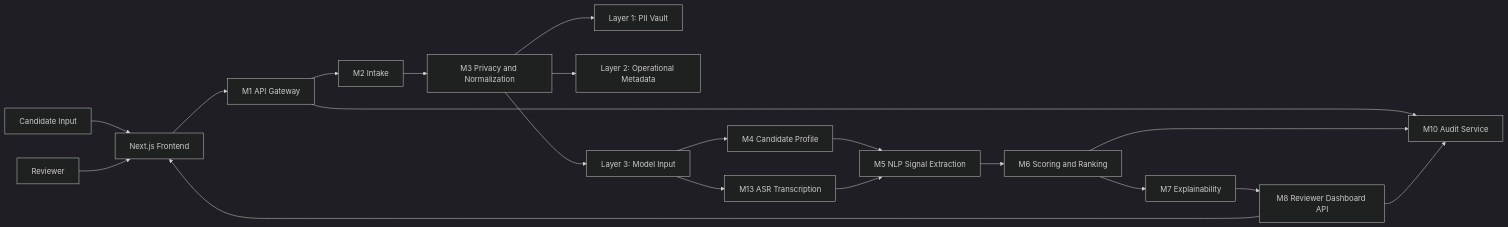
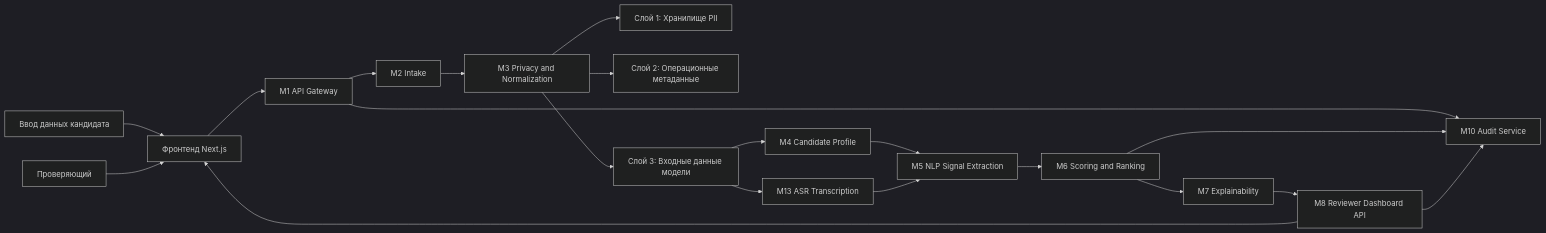
The diagram in README.md (alenisaw/invision_u_Vi-Ka), drawn with Mermaid (dark theme) before and after one commit. The commit also changed other lines of this file, not shown here.

````diff
--- a/README.md
+++ b/README.md
@@ -15,39 +15,39 @@
 ```mermaid
 flowchart LR
-    Candidate["Candidate Input"]
-    Frontend["Next.js Frontend"]
+    Candidate["Ввод данных кандидата"]
+    Frontend["Фронтенд Next.js"]
     M1["M1 API Gateway"]
     M2["M2 Intake"]
     M3["M3 Privacy and Normalization"]
-    L1["Layer 1: PII Vault"]
-    L2["Layer 2: Operational Metadata"]
-    L3["Layer 3: Model Input"]
+    L1["Слой 1: Хранилище PII"]
+    L2["Слой 2: Операционные метаданные"]
+    L3["Слой 3: Входные данные модели"]
     M4["M4 Candidate Profile"]
     M5["M5 NLP Signal Extraction"]
     M13["M13 ASR Transcription"]
     M6["M6 Scoring and Ranking"]
     M7["M7 Explainability"]
     M8["M8 Reviewer Dashboard API"]
     M10["M10 Audit Service"]
-    Reviewer["Reviewer"]
+    Reviewer["Проверяющий"]
 
     Candidate --> Frontend
     Frontend --> M1
     M1 --> M2
     M2 --> M3
     M3 --> L1
     M3 --> L2
     M3 --> L3
     L3 --> M4
     M4 --> M5
     L3 --> M13
     M13 --> M5
     M5 --> M6
     M6 --> M7
     M7 --> M8
     M8 --> Frontend
     Reviewer --> Frontend
     M1 --> M10
     M6 --> M10
     M8 --> M10
 ```
````
